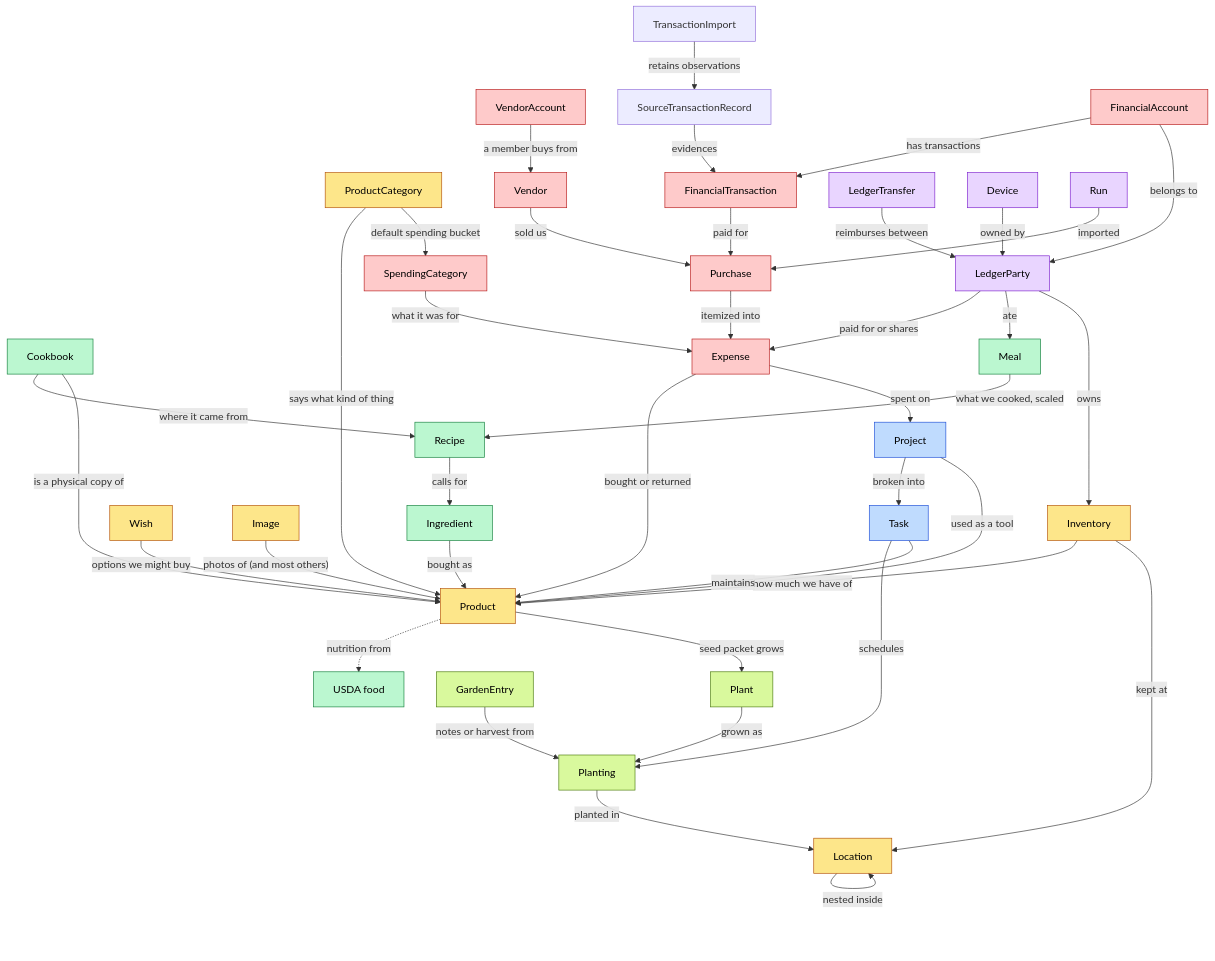
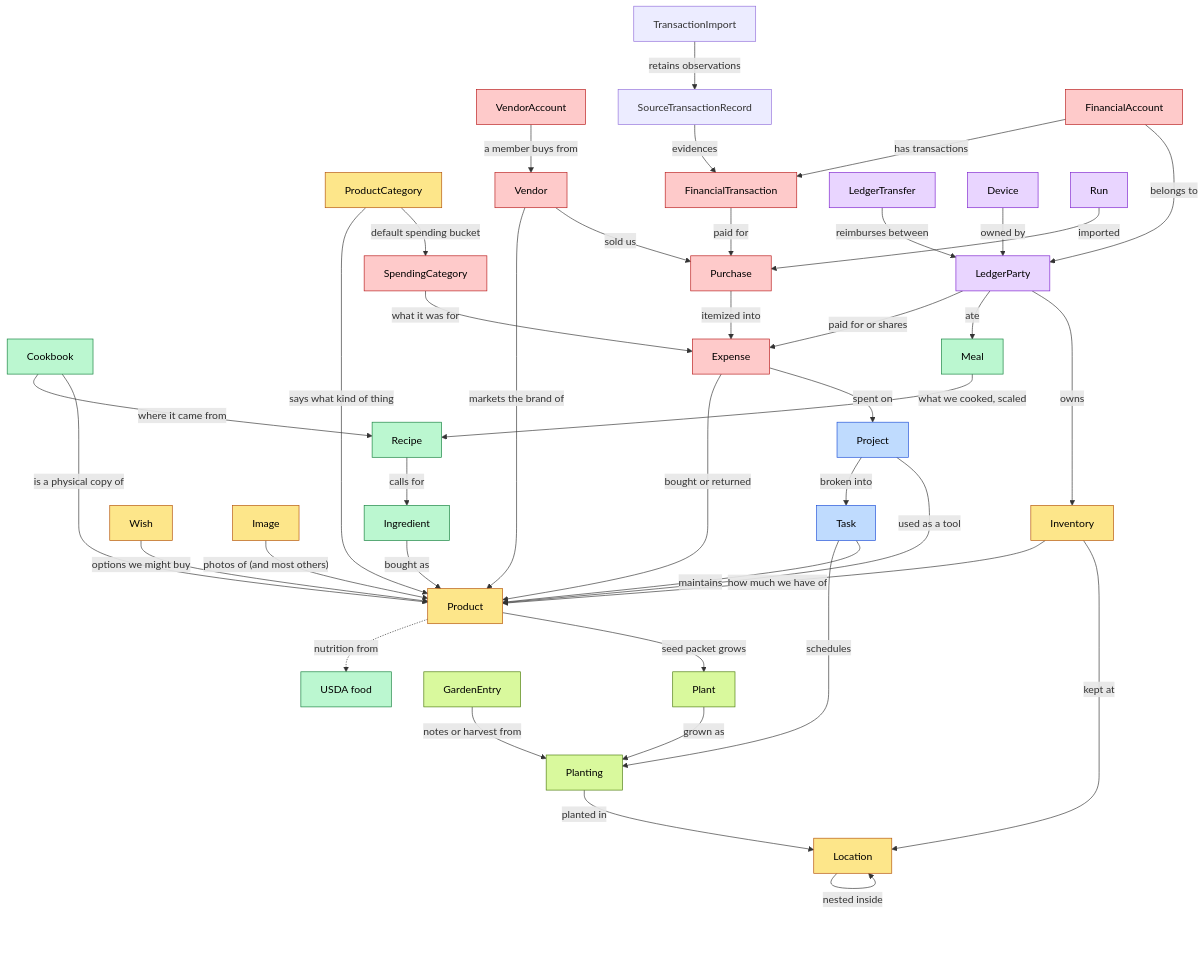
One commit to nickysemenza/cubby changed the first of 3 diagrams in README.md. Above: the diagram before and after it, drawn with Mermaid. The commit also changed other lines of this file and 386 other files, not shown here.

Commit message:
Unify Product brands with Vendor identities

````diff
--- a/README.md
+++ b/README.md
@@ -88,54 +89,55 @@
 ```mermaid
 flowchart TB
   ProductCategory -- "says what kind of thing" --> Product
   Inventory -- "how much we have of" --> Product
   Inventory -- "kept at" --> Location
   Location -- "nested inside" --> Location
   Wish -- "options we might buy" --> Product
   Image -- "photos of (and most others)" --> Product
   Recipe -- "calls for" --> Ingredient
   Cookbook -- "where it came from" --> Recipe
   Meal -- "what we cooked, scaled" --> Recipe
   Plant -- "grown as" --> Planting
   GardenEntry -- "notes or harvest from" --> Planting
   Project -- "broken into" --> Task
+  Vendor -- "markets the brand of" --> Product
   Vendor -- "sold us" --> Purchase
   VendorAccount -- "a member buys from" --> Vendor
   Purchase -- "itemized into" --> Expense
   SpendingCategory -- "what it was for" --> Expense
   TransactionImport -- "retains observations" --> SourceTransactionRecord
   SourceTransactionRecord -- "evidences" --> FinancialTransaction
   FinancialAccount -- "has transactions" --> FinancialTransaction
   FinancialTransaction -- "paid for" --> Purchase
   LedgerTransfer -- "reimburses between" --> LedgerParty
   Device -- "owned by" --> LedgerParty
   Ingredient -- "bought as" --> Product
   Product -. "nutrition from" .-> USDA[USDA food]
   Product -- "seed packet grows" --> Plant
   Cookbook -- "is a physical copy of" --> Product
   ProductCategory -- "default spending bucket" --> SpendingCategory
   Planting -- "planted in" --> Location
   Task -- "schedules" --> Planting
   Project -- "used as a tool" --> Product
   Task -- "maintains" --> Product
   Expense -- "bought or returned" --> Product
   Expense -- "spent on" --> Project
   LedgerParty -- "paid for or shares" --> Expense
   LedgerParty -- "ate" --> Meal
   LedgerParty -- "owns" --> Inventory
   FinancialAccount -- "belongs to" --> LedgerParty
   Run -- "imported" --> Purchase
 
   classDef core fill:#fde68a,stroke:#b45309,color:#000
   classDef food fill:#bbf7d0,stroke:#15803d,color:#000
   classDef garden fill:#d9f99d,stroke:#4d7c0f,color:#000
   classDef work fill:#bfdbfe,stroke:#1d4ed8,color:#000
   classDef money fill:#fecaca,stroke:#b91c1c,color:#000
   classDef people fill:#e9d5ff,stroke:#7e22ce,color:#000
   class Product,ProductCategory,Inventory,Location,Wish,Image core
   class Ingredient,Recipe,Cookbook,Meal,USDA food
   class Plant,Planting,GardenEntry garden
   class Project,Task work
   class Vendor,VendorAccount,Purchase,Expense,SpendingCategory,FinancialAccount,FinancialTransaction money
   class LedgerParty,LedgerTransfer,Device,Run people
 ```
````
